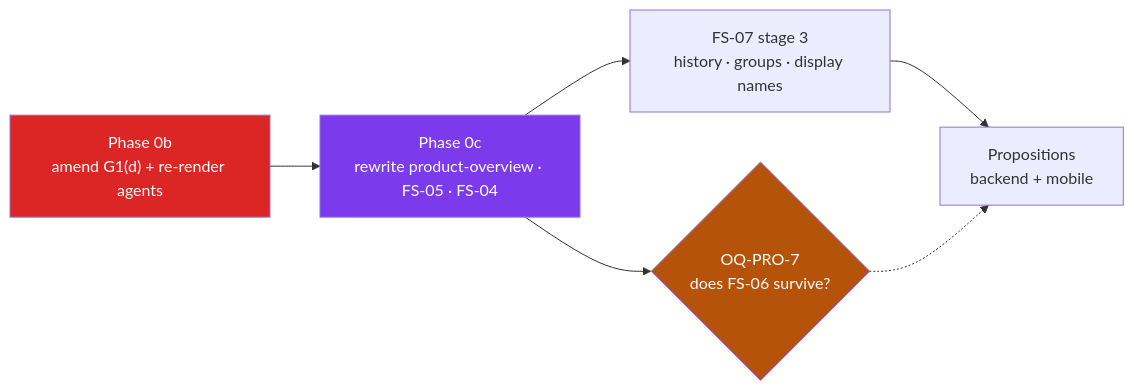
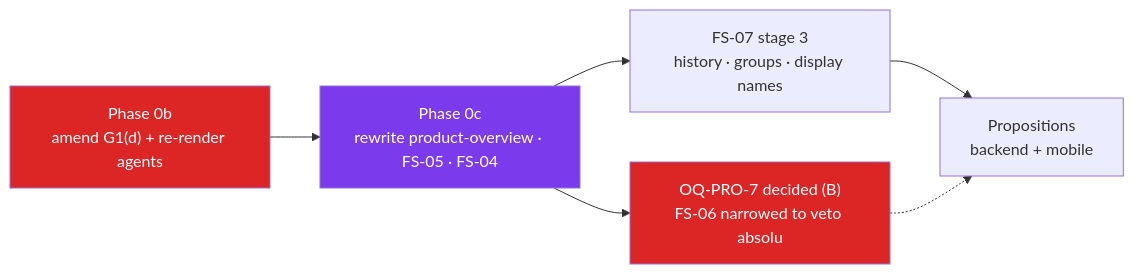
Before and after one commit to hamza-el-miqdam/swab: the diagram in docs/ROADMAP.md, drawn with Mermaid. The commit also changed other lines of this file and 5 other files, not shown here.

````diff
--- a/docs/ROADMAP.md
+++ b/docs/ROADMAP.md
@@ -33,11 +33,11 @@
 ```mermaid
 graph LR
   Z["Phase 0b<br/>amend G1(d) + re-render agents"] --> Y["Phase 0c<br/>rewrite product-overview · FS-05 · FS-04"]
   Y --> A["FS-07 stage 3<br/>history · groups · display names"]
-  Y --> Q{"OQ-PRO-7<br/>does FS-06 survive?"}
+  Y --> Q["OQ-PRO-7 decided (B)<br/>FS-06 narrowed to veto absolu"]
   A --> P["Propositions<br/>backend + mobile"]
   Q -.-> P
   style Z fill:#dc2626,color:#fff
   style Y fill:#7c3aed,color:#fff
-  style Q fill:#b45309,color:#fff
+  style Q fill:#dc2626,color:#fff
 ```
````
